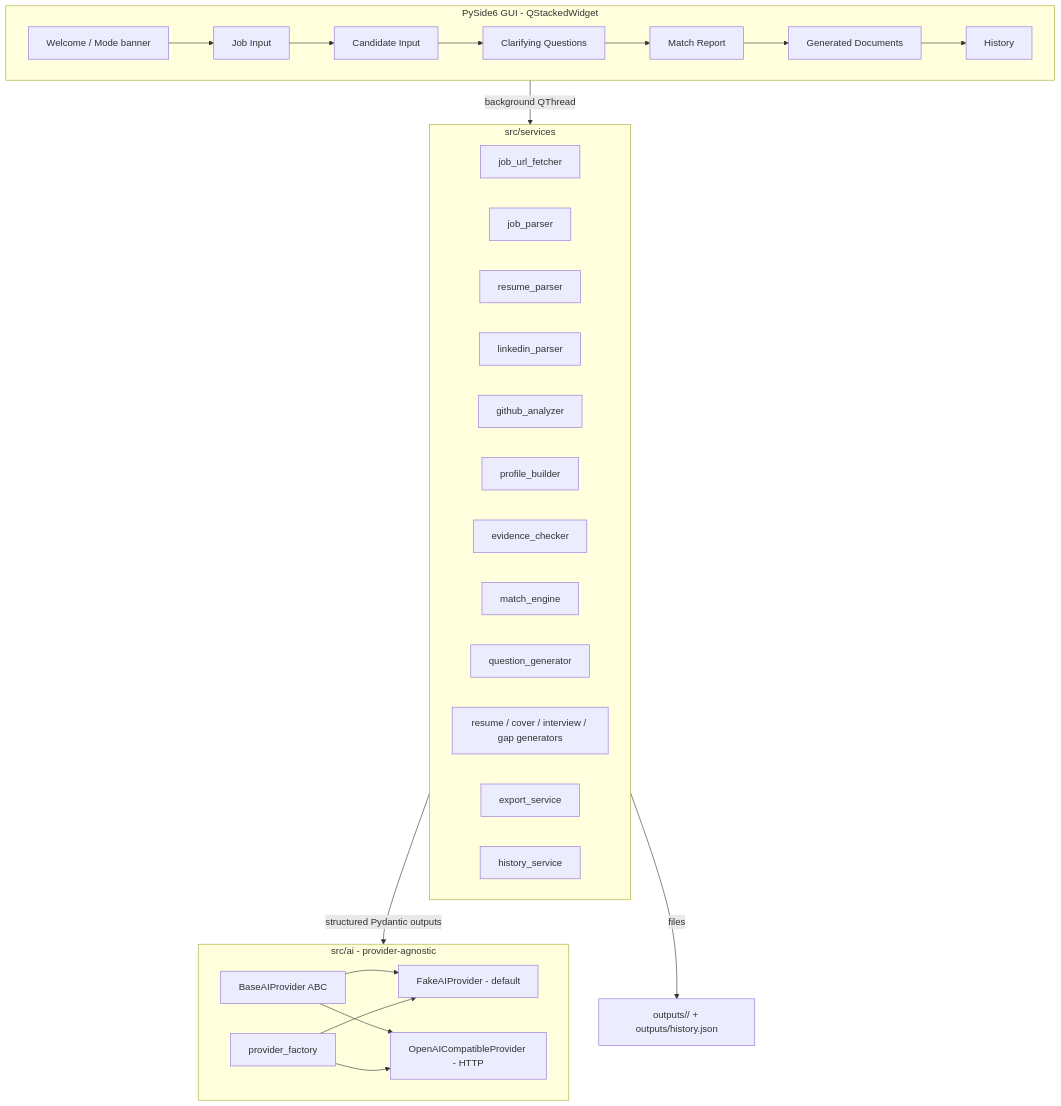
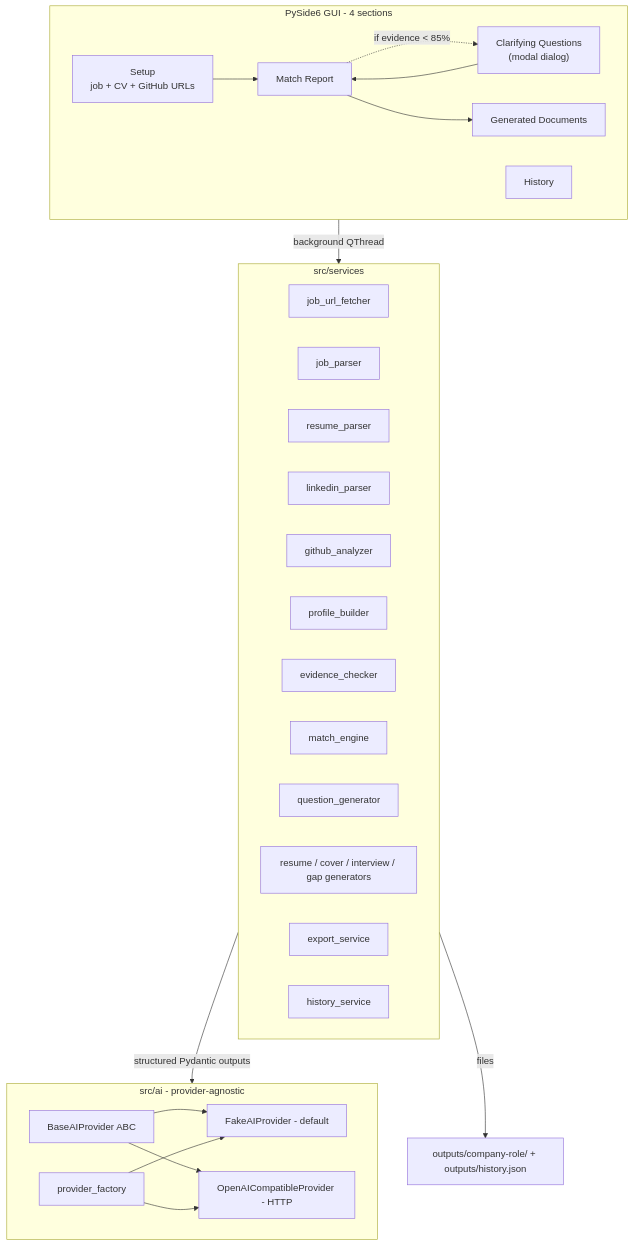
The diagram in README.md (Fearplay/applypilot-ai), drawn with Mermaid before and after one commit. The commit also changed other lines of this file and 26 other files, not shown here.

First line of the commit message:
feat(ui): modern dashboard with sidebar nav + modal questions + GitHub URL fetch

````diff
--- a/README.md
+++ b/README.md
@@ -83,41 +84,44 @@
 ```mermaid
 flowchart TB
-    subgraph GUI [PySide6 GUI - QStackedWidget]
-        Welcome[Welcome / Mode banner] --> JobIn[Job Input]
-        JobIn --> CandIn[Candidate Input]
-        CandIn --> Questions[Clarifying Questions]
-        Questions --> Report[Match Report]
-        Report --> Docs[Generated Documents]
-        Docs --> History[History]
+    subgraph GUI [PySide6 GUI - 4 sections]
+        Setup[Setup<br/>job + CV + GitHub URLs]
+        Match[Match Report]
+        Docs[Generated Documents]
+        Hist[History]
+        QDlg["Clarifying Questions<br/>(modal dialog)"]
+        Setup --> Match
+        Match -. "if evidence < 85%" .-> QDlg
+        QDlg --> Match
+        Match --> Docs
     end
 
     subgraph Services [src/services]
         Fetcher[job_url_fetcher]
         JobParser[job_parser]
         ResParser[resume_parser]
         LiParser[linkedin_parser]
         GhAnalyzer[github_analyzer]
         ProfBuilder[profile_builder]
         EvCheck[evidence_checker]
-        Match[match_engine]
+        MatchSvc[match_engine]
         QGen[question_generator]
         DocGen[resume / cover / interview / gap generators]
         Export[export_service]
-        Hist[history_service]
+        HistSvc[history_service]
     end
 
     subgraph AI [src/ai - provider-agnostic]
         Base[BaseAIProvider ABC]
         Fake[FakeAIProvider - default]
         OAI[OpenAICompatibleProvider - HTTP]
         Factory[provider_factory]
         Base --> Fake
         Base --> OAI
         Factory --> Fake
         Factory --> OAI
     end
 
     GUI -->|background QThread| Services
     Services -->|structured Pydantic outputs| AI
-    Services -->|files| FS["outputs/<company-role>/ + outputs/history.json"]
+    Services -->|files| FS["outputs/company-role/ + outputs/history.json"]
 ```
````
